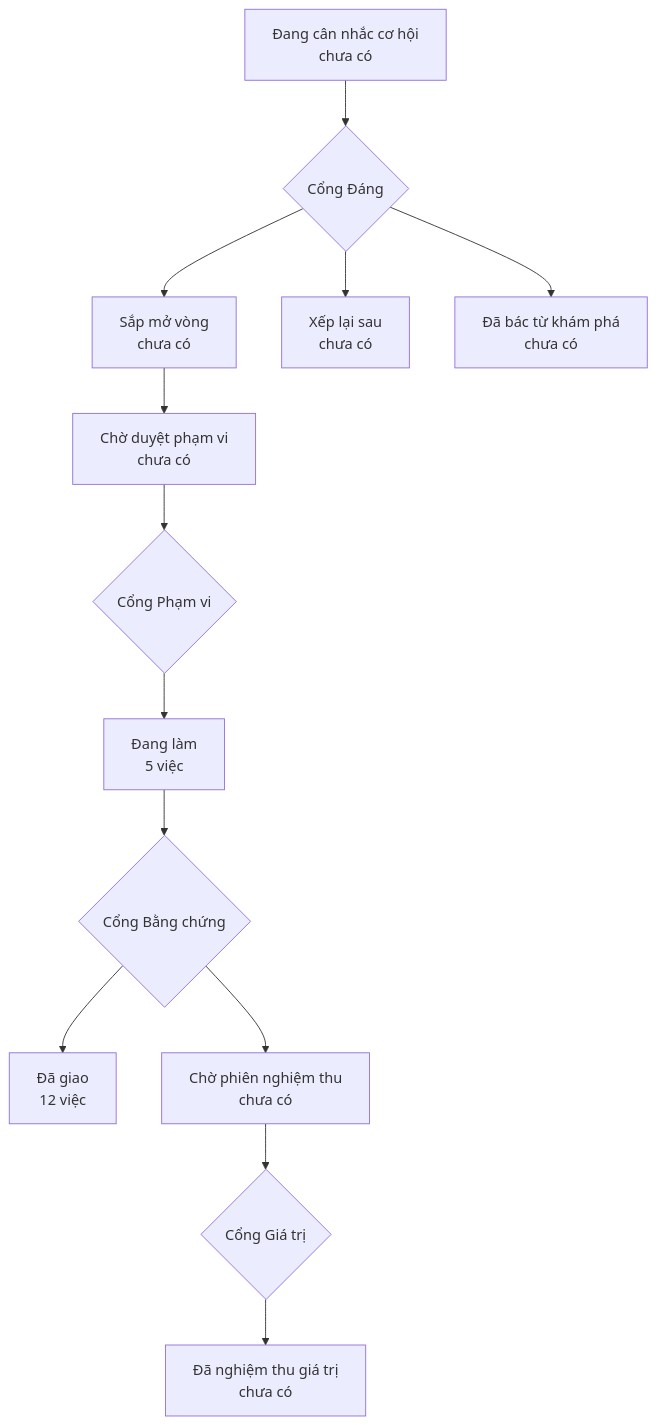
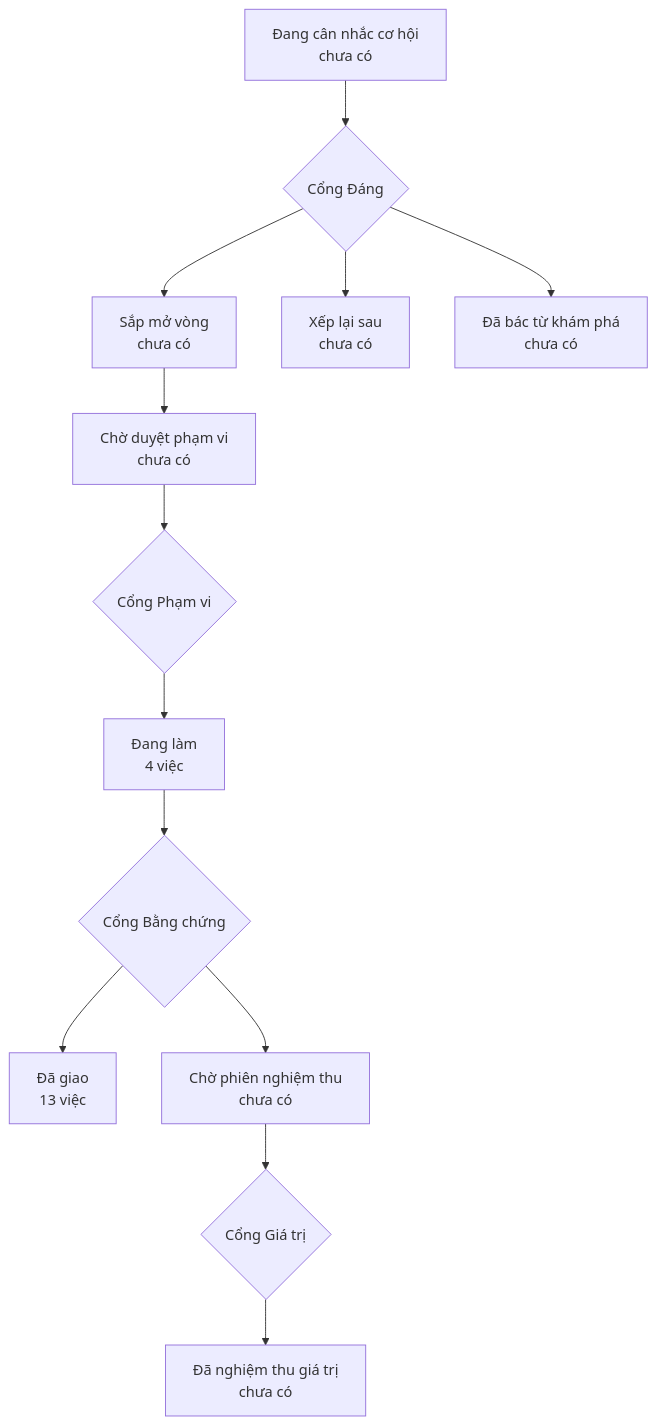
Before and after one commit to phanlemanh/crm-onehub: the diagram in PRODUCT-MAP.md, drawn with Mermaid. The commit also changed 3 other files, not shown here.

````diff
--- a/PRODUCT-MAP.md
+++ b/PRODUCT-MAP.md
@@ -6,12 +6,12 @@
 ```mermaid
 flowchart TD
   A["Đang cân nhắc cơ hội<br/>chưa có"] --> GD{"Cổng Đáng"}
   GD --> B["Sắp mở vòng<br/>chưa có"]
   GD --> XL["Xếp lại sau<br/>chưa có"]
   GD --> DB["Đã bác từ khám phá<br/>chưa có"]
   B --> CD["Chờ duyệt phạm vi<br/>chưa có"] --> GP{"Cổng Phạm vi"}
-  GP --> DL["Đang làm<br/>5 việc"] --> GB{"Cổng Bằng chứng"}
-  GB --> DG["Đã giao<br/>12 việc"]
+  GP --> DL["Đang làm<br/>4 việc"] --> GB{"Cổng Bằng chứng"}
+  GB --> DG["Đã giao<br/>13 việc"]
   GB --> CN["Chờ phiên nghiệm thu<br/>chưa có"] --> GG{"Cổng Giá trị"}
   GG --> NT["Đã nghiệm thu giá trị<br/>chưa có"]
 ```
````
